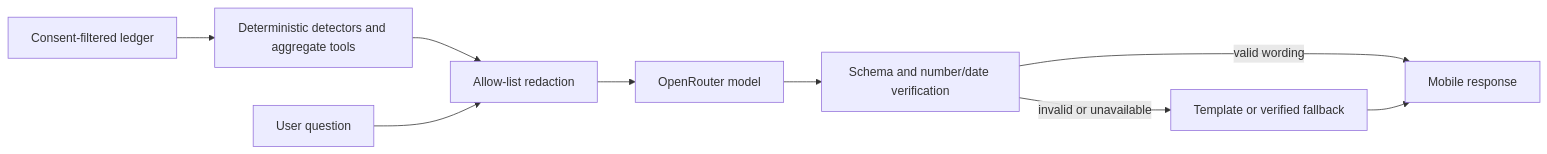
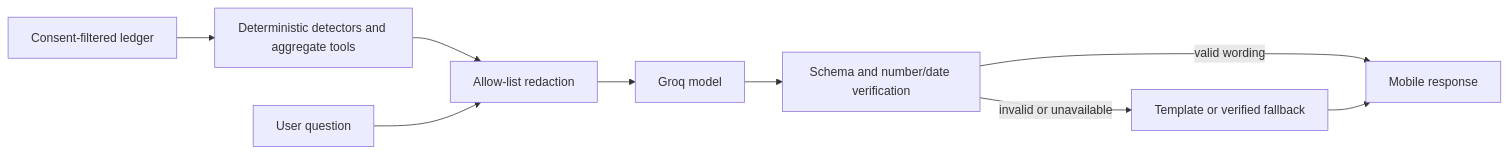
Before and after one commit to Opeoluwa-Muritala/Zenith-Hackathon-Project: the diagram in docs/ai.md, drawn with Mermaid. The commit also changed other lines of this file and 32 other files, not shown here.

Commit message:
Switch AI provider from OpenRouter to Groq

````diff
--- a/docs/ai.md
+++ b/docs/ai.md
@@ -12,11 +12,11 @@
 ```mermaid
 flowchart LR
   L[Consent-filtered ledger] --> D[Deterministic detectors and aggregate tools]
   D --> R[Allow-list redaction]
   Q[User question] --> R
-  R --> O[OpenRouter model]
+  R --> O[Groq model]
   O --> V[Schema and number/date verification]
   V -->|valid wording| U[Mobile response]
   V -->|invalid or unavailable| T[Template or verified fallback]
   T --> U
 ```
````
